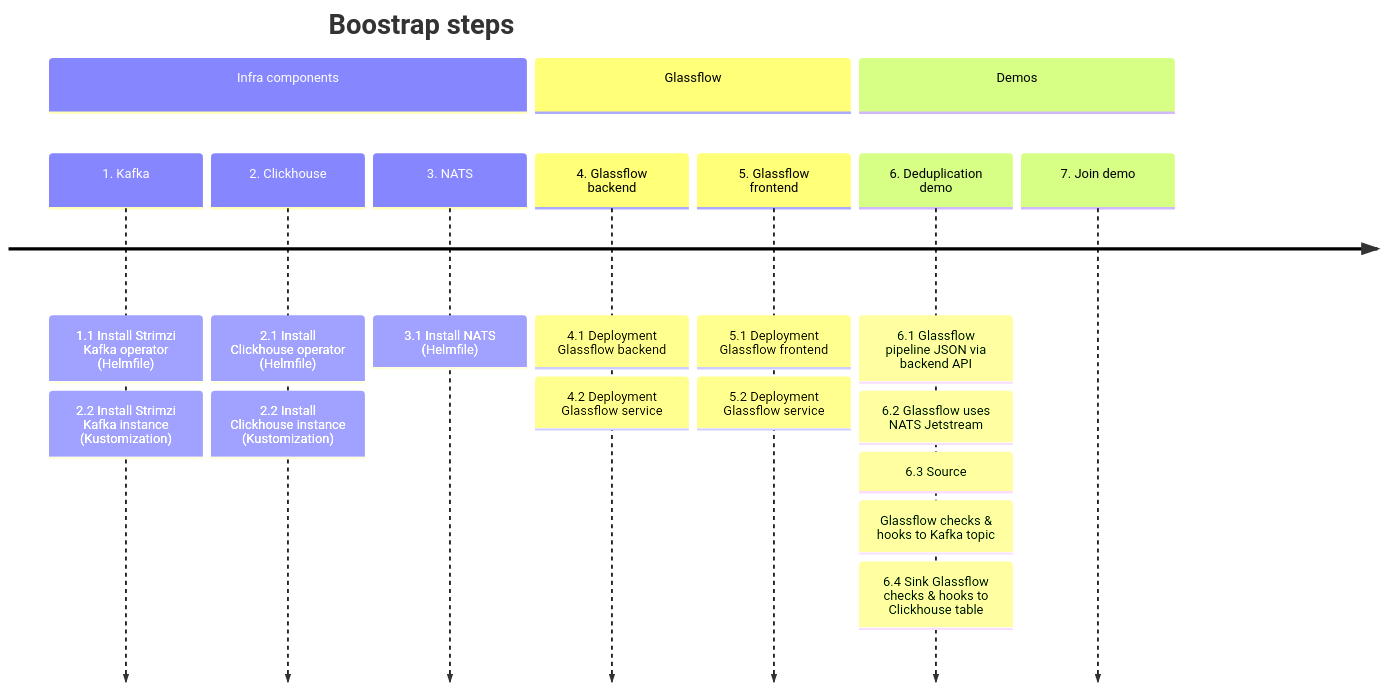
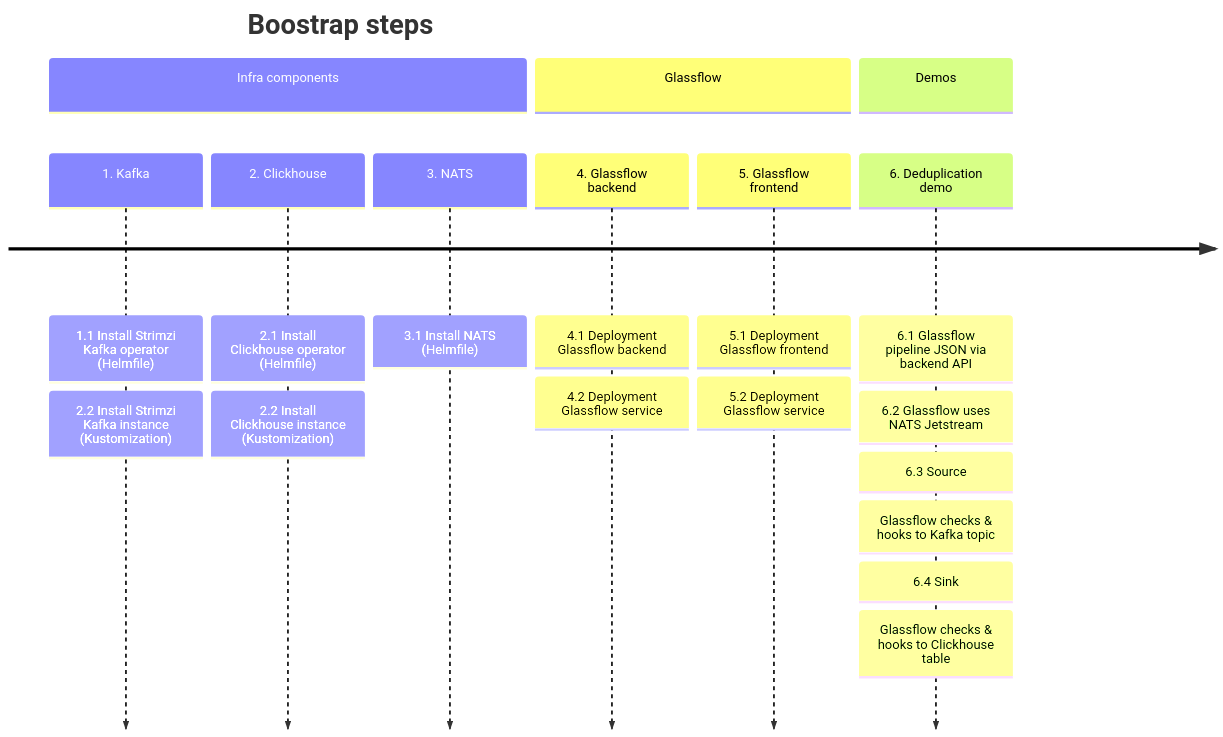
The diagram in README.md (Real-World-ML/glassflow-demo), drawn with Mermaid before and after one commit. The commit also changed other lines of this file, not shown here.

````diff
--- a/README.md
+++ b/README.md
@@ -5,30 +5,33 @@
 ```mermaid
 timeline
     title Boostrap steps
 
     section Infra components
         1. Kafka
              : 1.1 Install Strimzi Kafka operator (Helmfile)
              : 2.2 Install Strimzi Kafka instance (Kustomization)
+        
         2. Clickhouse
              : 2.1 Install Clickhouse operator (Helmfile)
              : 2.2 Install Clickhouse instance (Kustomization)
+        
         3. NATS
              : 3.1 Install NATS (Helmfile)
 
      section Glassflow
         4. Glassflow backend
              : 4.1 Deployment Glassflow backend
              : 4.2 Deployment Glassflow service
+        
         5. Glassflow frontend
              : 5.1 Deployment Glassflow frontend
              : 5.2 Deployment Glassflow service
 
     section Demos
         6. Deduplication demo
           : 6.1 Glassflow pipeline JSON via backend API
           : 6.2 Glassflow uses NATS Jetstream
           : 6.3 Source: Glassflow checks & hooks to Kafka topic
-          : 6.4 Sink Glassflow checks & hooks to Clickhouse table
-        7. Join demo
+          : 6.4 Sink: Glassflow checks & hooks to Clickhouse table
+
 ```
````
